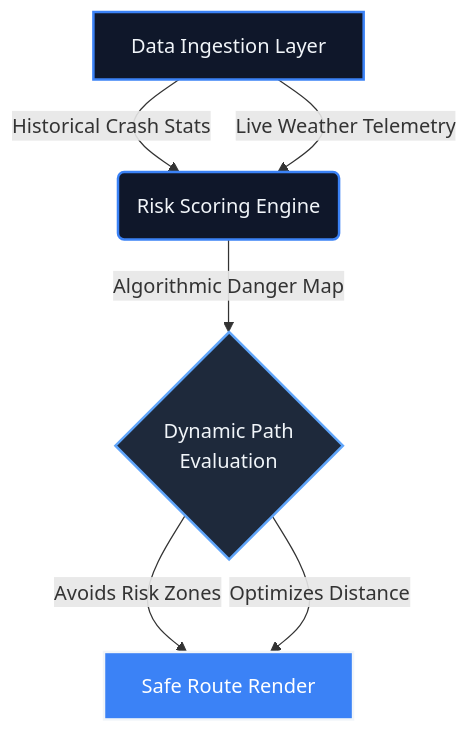
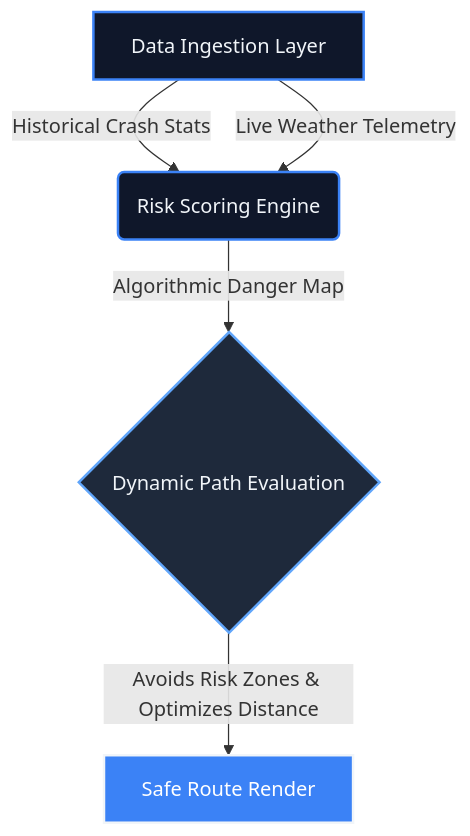
The diagram in README.md (sathishr-ai/Smart-Navigation-System-for-Accident-Prone-Detection), drawn with Mermaid before and after one commit.

Commit message:
fix(docs): resolve mermaid dagre layout engine crash by merging parallel edges

````diff
--- a/README.md
+++ b/README.md
@@ -133,13 +133,12 @@
 ```mermaid
-graph TD;
-    A[Data Ingestion Layer] -->|Historical Crash Stats| B(Risk Scoring Engine);
-    A -->|Live Weather Telemetry| B;
-    B -->|Algorithmic Danger Map| C{Dynamic Path<br>Evaluation};
-    C -->|Avoids Risk Zones| D[Safe Route Render];
-    C -->|Optimizes Distance| D;
+graph TD
+    A[Data Ingestion Layer] -->|Historical Crash Stats| B(Risk Scoring Engine)
+    A -->|Live Weather Telemetry| B
+    B -->|Algorithmic Danger Map| C{Dynamic Path Evaluation}
+    C -->|Avoids Risk Zones & Optimizes Distance| D[Safe Route Render]
     
     style A fill:#0F172A,stroke:#3B82F6,stroke-width:2px,color:#F1F5F9
     style B fill:#0F172A,stroke:#3B82F6,stroke-width:2px,color:#F1F5F9
     style C fill:#1E293B,stroke:#60A5FA,stroke-width:2px,color:#F1F5F9
     style D fill:#3B82F6,stroke:#F1F5F9,stroke-width:2px,color:#ffffff
 ```
````
